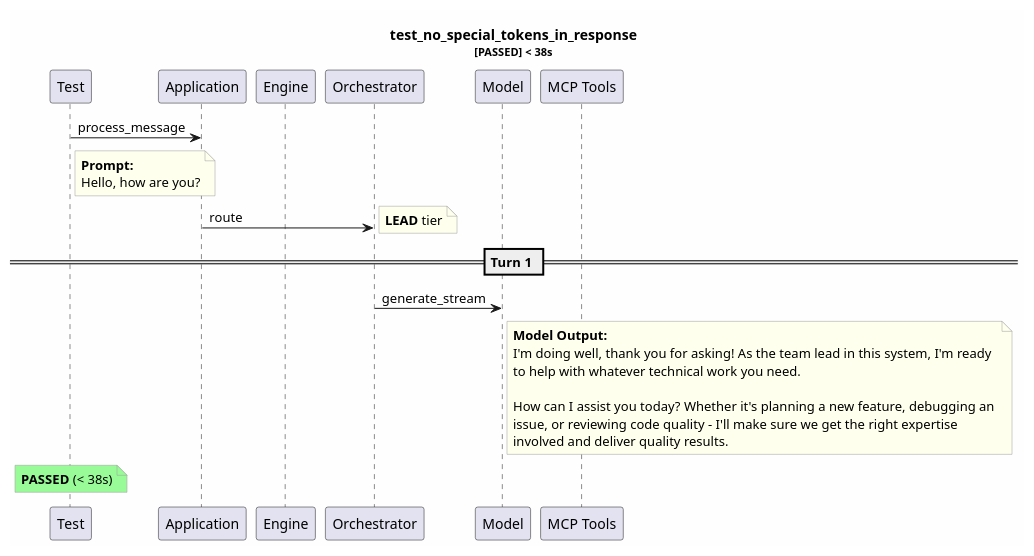
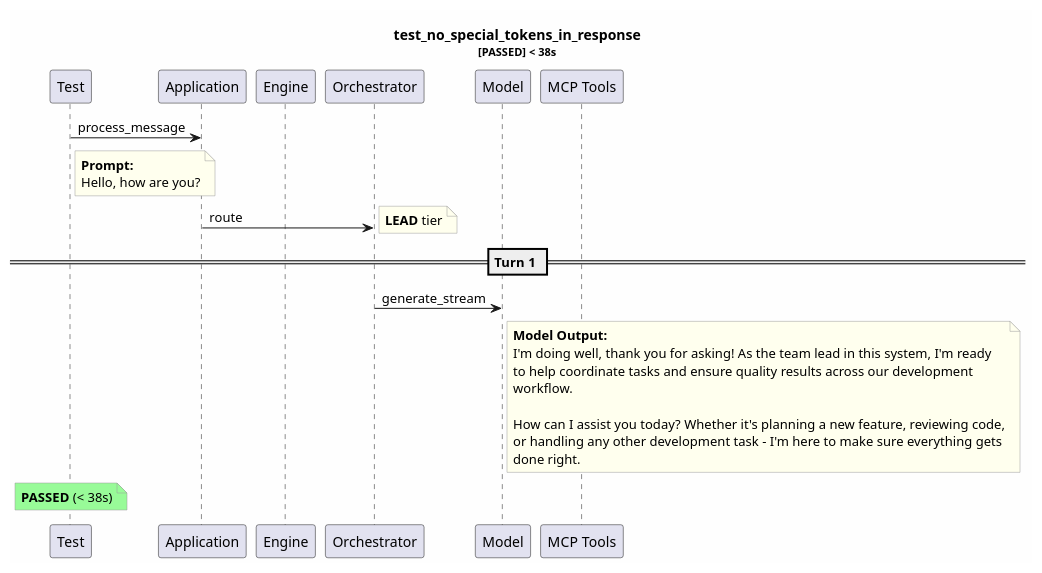
The diagram in test-reports/logs/test_no_special_tokens_in_response/test_no_special_tokens_in_response.puml (tvanfossen/entropic), drawn with PlantUML before and after one commit. The commit also changed 13 other files, not shown here.

```diff
--- a/test-reports/logs/test_no_special_tokens_in_response/test_no_special_tokens_in_response.puml
+++ b/test-reports/logs/test_no_special_tokens_in_response/test_no_special_tokens_in_response.puml
@@ -1,36 +1,37 @@
 @startuml
 skinparam backgroundColor #FEFEFE
 skinparam noteBorderColor #999999
 skinparam noteBackgroundColor #FFFFEE
 title test_no_special_tokens_in_response\n<size:11>[PASSED] < 38s</size>
 
 participant "Test" as T
 participant "Application" as App
 participant "Engine" as Eng
 participant "Orchestrator" as Orch
 participant "Model" as Mdl
 participant "MCP Tools" as MCP
 
 T -> App: process_message
 note right of T
   **Prompt:**
   Hello, how are you?
 end note
 App -> Orch: route
 note right: **LEAD** tier
 == Turn 1 ==
 Orch -> Mdl: generate_stream
 note right of Mdl
   **Model Output:**
   I'm doing well, thank you for asking! As the team lead in this system, I'm ready
-  to help with whatever technical work you need. 
+  to help coordinate tasks and ensure quality results across our development 
+  workflow.
   
-  How can I assist you today? Whether it's planning a new feature, debugging an 
-  issue, or reviewing code quality - I'll make sure we get the right expertise 
-  involved and deliver quality results.
+  How can I assist you today? Whether it's planning a new feature, reviewing code,
+  or handling any other development task - I'm here to make sure everything gets 
+  done right.
 end note
 note over T #palegreen
   **PASSED** (< 38s)
 end note
 
 @enduml
```
